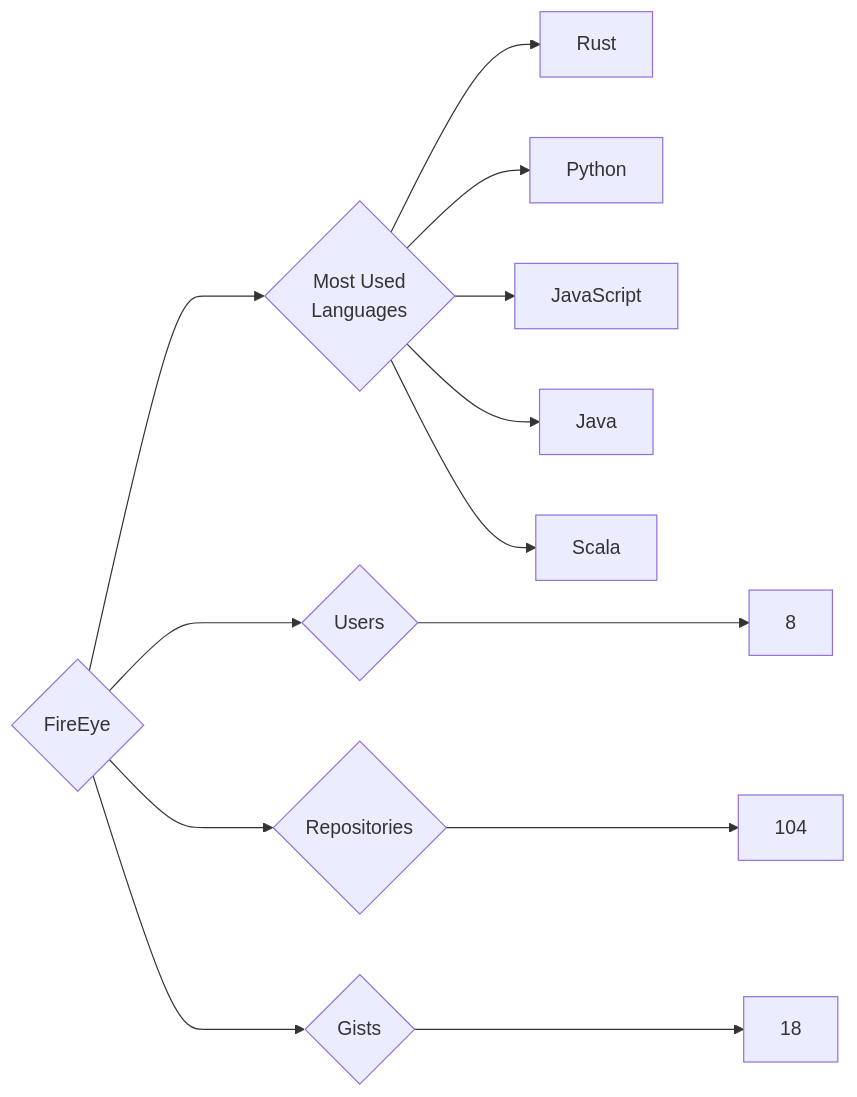
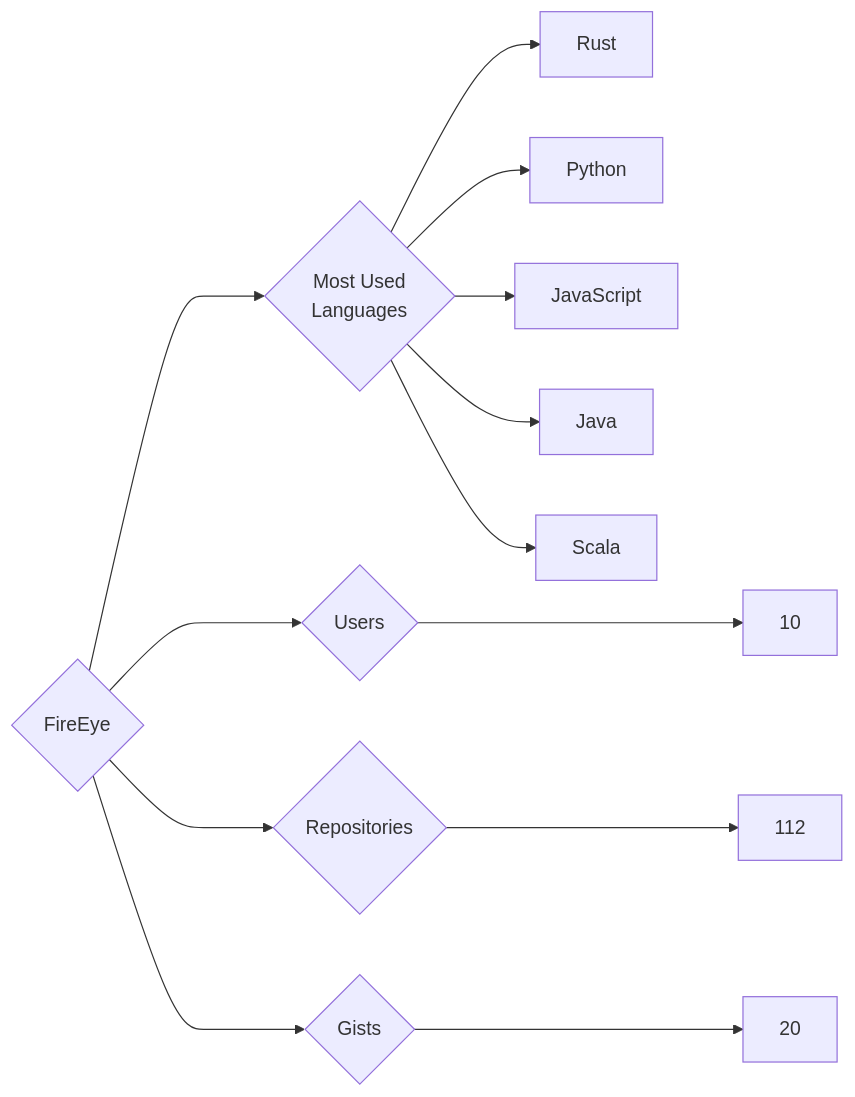
The diagram in targets/FireEye/README.md (trickest/insiders), drawn with Mermaid before and after one commit. The commit also changed 1030 other files, not shown here.

````diff
--- a/targets/FireEye/README.md
+++ b/targets/FireEye/README.md
@@ -3,13 +3,13 @@
 ```mermaid
 graph LR
 COMPANY_NAME{FireEye}
-COMPANY_NAME ---> U{Users} ---> UN[8]
-COMPANY_NAME ---> R{Repositories} ---> RN[104]
-COMPANY_NAME ---> G{Gists} ---> GN[18]
+COMPANY_NAME ---> U{Users} ---> UN[10]
+COMPANY_NAME ---> R{Repositories} ---> RN[112]
+COMPANY_NAME ---> G{Gists} ---> GN[20]
 COMPANY_NAME ---> ML{Most Used<br>Languages}
 ML --> Rust[Rust]
 ML --> Python[Python]
 ML --> JavaScript[JavaScript]
 ML --> Java[Java]
 ML --> Scala[Scala]
 ```
````
